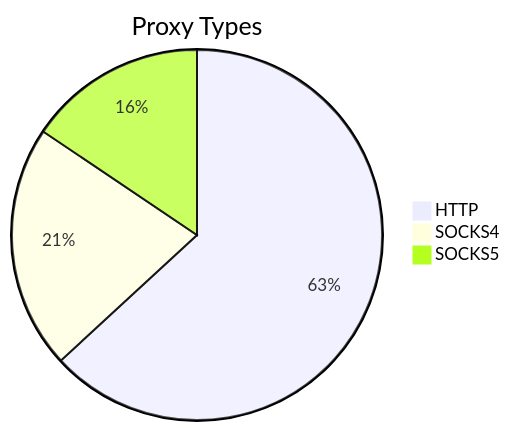
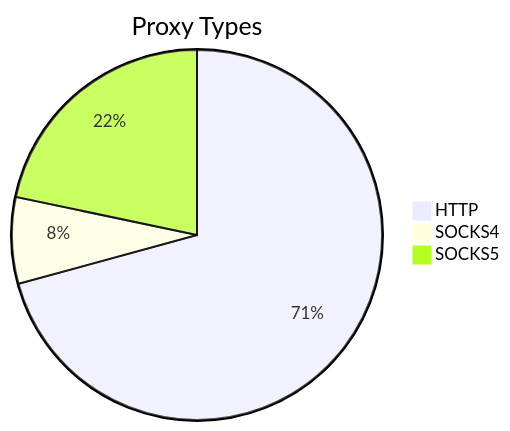
One commit to stormsia/proxy-list changed the first of 2 diagrams in README.md. Above: the diagram before and after it, drawn with Mermaid. The commit also changed other lines of this file, not shown here.

````diff
--- a/README.md
+++ b/README.md
@@ -21,6 +21,6 @@
 ```mermaid
 pie title Proxy Types
-    "HTTP" : 454
-    "SOCKS4" : 153
-    "SOCKS5" : 112
+    "HTTP" : 225
+    "SOCKS4" : 24
+    "SOCKS5" : 69
 ```
````
